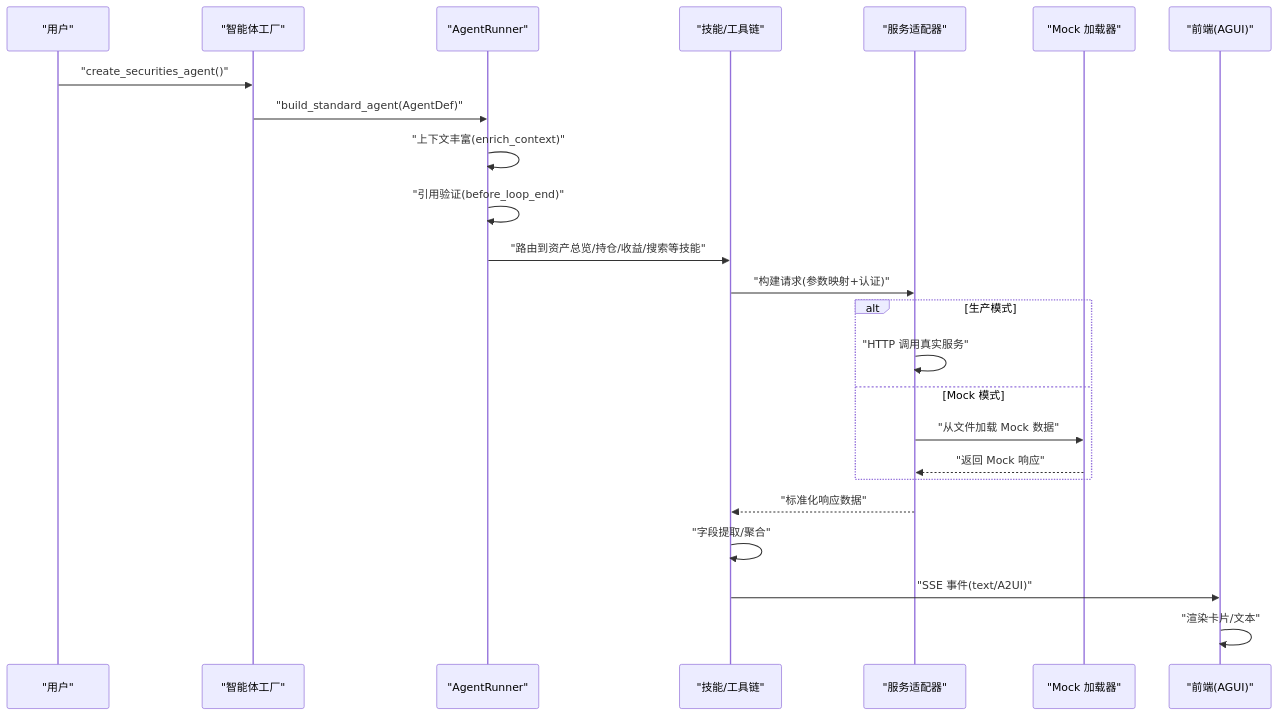
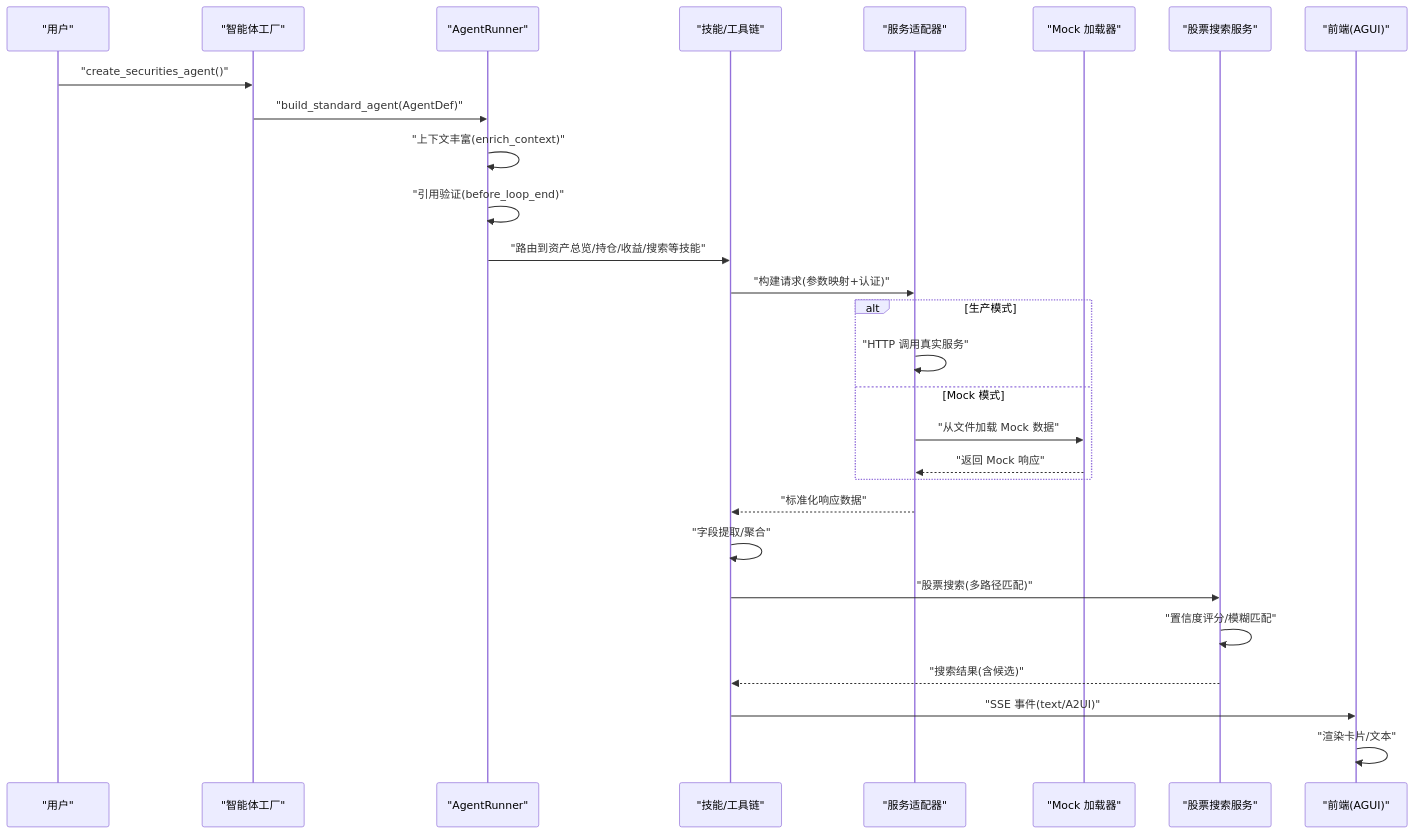
The second of 8 diagrams in repowiki/zh/content/智能体实现/证券智能体/证券智能体.md (YU-JI-KUI/ark-agentic), drawn with Mermaid before and after one commit. The commit also changed other lines of this file and 6 other files, not shown here.

````diff
--- a/repowiki/zh/content/智能体实现/证券智能体/证券智能体.md
+++ b/repowiki/zh/content/智能体实现/证券智能体/证券智能体.md
@@ -121,26 +156,30 @@
 ```mermaid
 sequenceDiagram
 participant U as "用户"
 participant AF as "智能体工厂"
 participant AR as "AgentRunner"
 participant ST as "技能/工具链"
 participant AD as "服务适配器"
 participant ML as "Mock 加载器"
+participant SS as "股票搜索服务"
 participant FE as "前端(AGUI)"
 U->>AF : "create_securities_agent()"
 AF->>AR : "build_standard_agent(AgentDef)"
 AR->>AR : "上下文丰富(enrich_context)"
 AR->>AR : "引用验证(before_loop_end)"
 AR->>ST : "路由到资产总览/持仓/收益/搜索等技能"
 ST->>AD : "构建请求(参数映射+认证)"
 alt 生产模式
 AD->>AD : "HTTP 调用真实服务"
 else Mock 模式
 AD->>ML : "从文件加载 Mock 数据"
 ML-->>AD : "返回 Mock 响应"
 end
 AD-->>ST : "标准化响应数据"
 ST->>ST : "字段提取/聚合"
+ST->>SS : "股票搜索(多路径匹配)"
+SS->>SS : "置信度评分/模糊匹配"
+SS-->>ST : "搜索结果(含候选)"
 ST->>FE : "SSE 事件(text/A2UI)"
 FE->>FE : "渲染卡片/文本"
 ```
````
